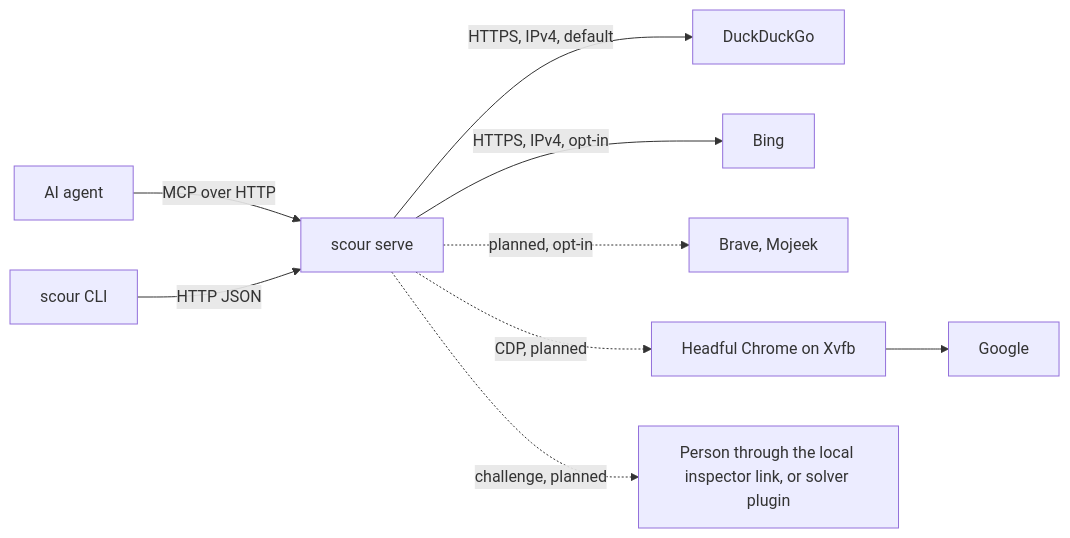
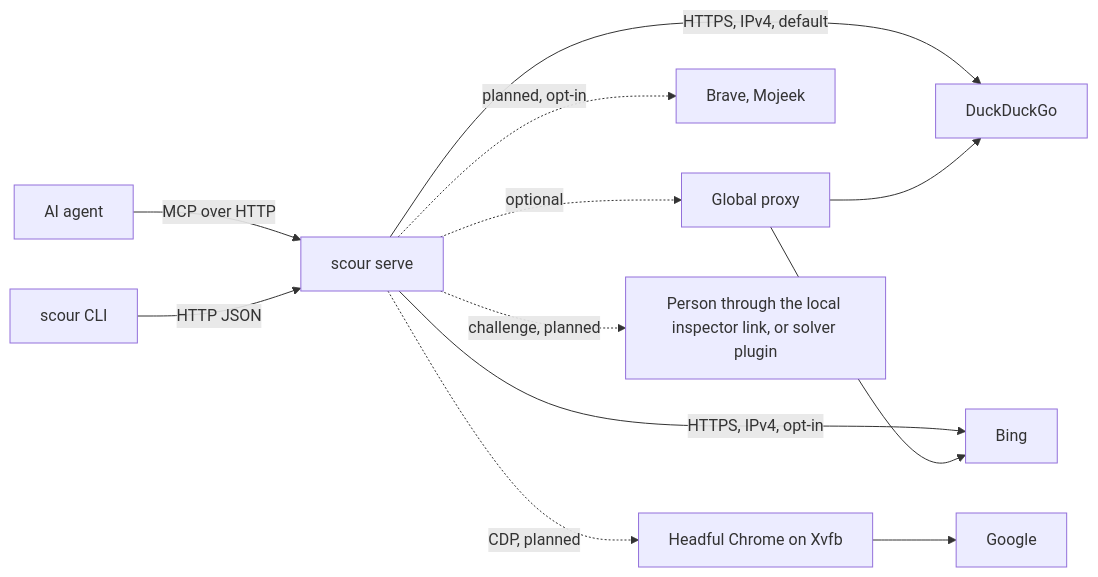
Before and after one commit to shantanugoel/scour: the diagram in docs/architecture.md, drawn with Mermaid. The commit also changed other lines of this file and 8 other files, not shown here.

Commit message:
Add a global proxy for engine requests (#28)

````diff
--- a/docs/architecture.md
+++ b/docs/architecture.md
@@ -16,10 +16,13 @@
 ```mermaid
 flowchart LR
   agent[AI agent] -- MCP over HTTP --> d[scour serve]
   cli[scour CLI] -- HTTP JSON --> d
   d -- HTTPS, IPv4, default --> ddg[DuckDuckGo]
   d -- HTTPS, IPv4, opt-in --> bing[Bing]
+  d -. optional .-> p[Global proxy]
+  p --> ddg
+  p --> bing
   d -. planned, opt-in .-> eng[Brave, Mojeek]
   d -. CDP, planned .-> br[Headful Chrome on Xvfb] --> g[Google]
   d -. challenge, planned .-> sol[Person through the local inspector link, or solver plugin]
 ```
````
